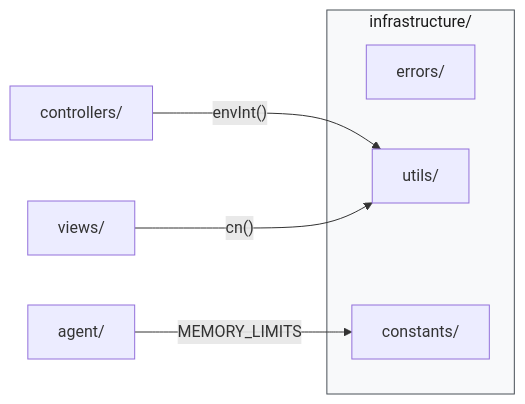
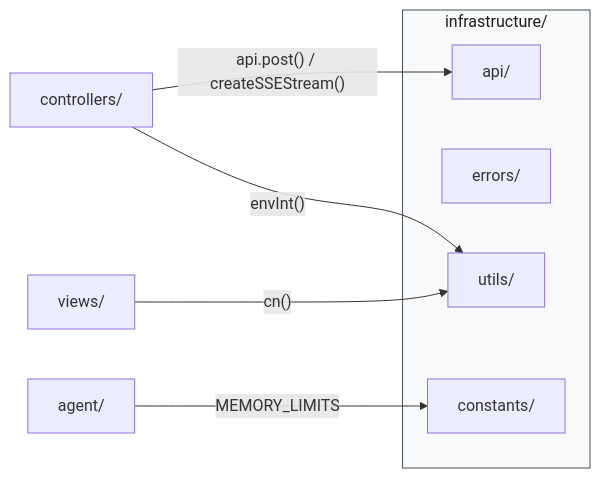
The second of 3 diagrams in src/infrastructure/CLAUDE.md (yjzaaa/leave-approval-agent), drawn with Mermaid before and after one commit. The commit also changed other lines of this file and 11 other files, not shown here.

````diff
--- a/src/infrastructure/CLAUDE.md
+++ b/src/infrastructure/CLAUDE.md
@@ -49,18 +55,20 @@
 ```mermaid
 graph LR
     subgraph Infra["infrastructure/"]
+        API["api/"]
         Errors["errors/"]
         Utils["utils/"]
         Constants["constants/"]
     end
 
     Agent["agent/"]
     Controllers["controllers/"]
     Views["views/"]
 
+    Controllers -->|"api.post() / createSSEStream()"| API
     Agent -->|"MEMORY_LIMITS"| Constants
     Controllers -->|"envInt()"| Utils
     Views -->|"cn()"| Utils
 
     style Infra fill:#f8f9fa,stroke:#495057,color:#1a1a1a
 ```
````
